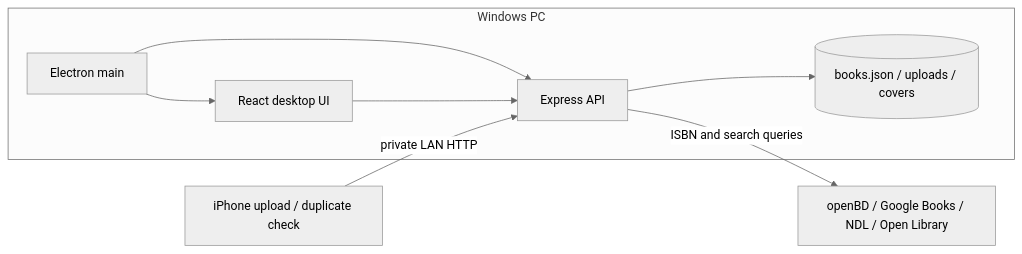
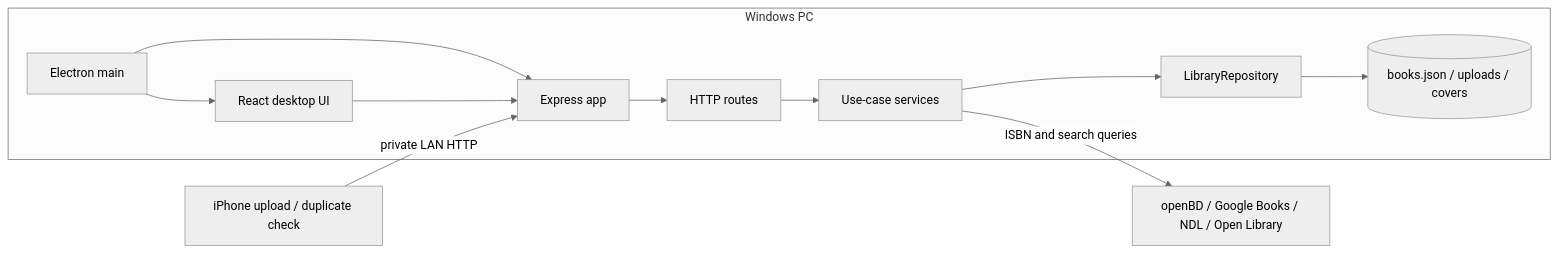
The diagram in docs/ARCHITECTURE.md (tmd-0x5a/hondana-catalog), drawn with Mermaid (neutral theme) before and after one commit. The commit also changed other lines of this file and 31 other files, not shown here.

````diff
--- a/docs/ARCHITECTURE.md
+++ b/docs/ARCHITECTURE.md
@@ -5,16 +5,22 @@
 ```mermaid
 flowchart LR
   subgraph PC[Windows PC]
     Electron[Electron main]
-    API[Express API]
+    API[Express app]
+    Routes[HTTP routes]
+    Services[Use-case services]
+    Repository[LibraryRepository]
     UI[React desktop UI]
     Data[(books.json / uploads / covers)]
     Electron --> API
     Electron --> UI
     UI --> API
-    API --> Data
+    API --> Routes
+    Routes --> Services
+    Services --> Repository
+    Repository --> Data
   end
 
   Phone[iPhone upload / duplicate check] -->|private LAN HTTP| API
-  API -->|ISBN and search queries| Metadata[openBD / Google Books / NDL / Open Library]
+  Services -->|ISBN and search queries| Metadata[openBD / Google Books / NDL / Open Library]
 ```
````
